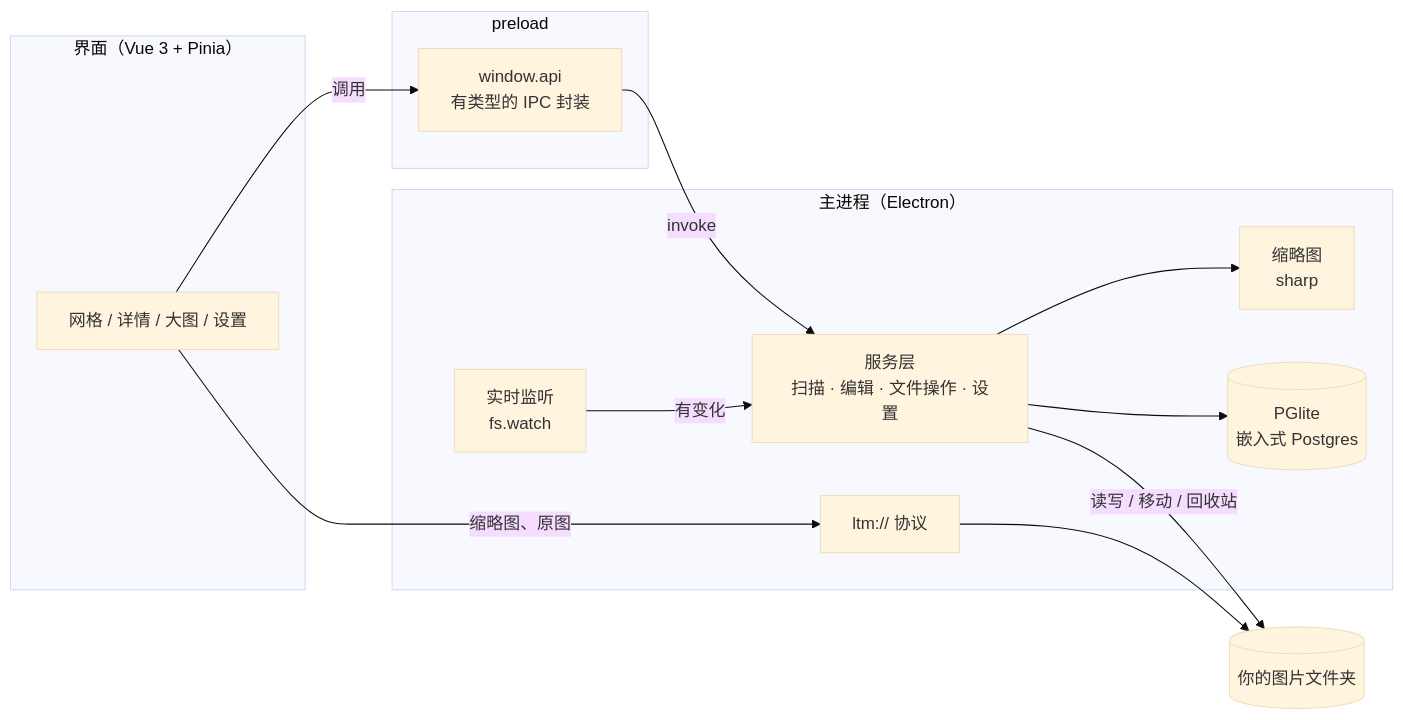
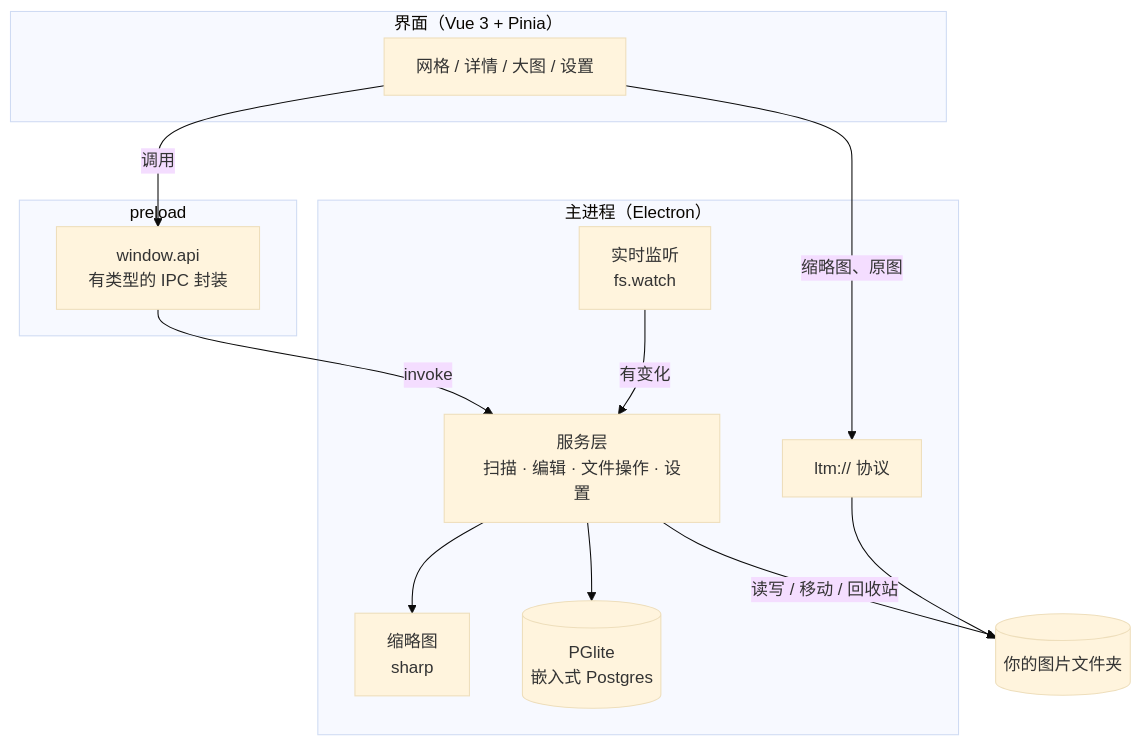
The first of 4 diagrams in README.md (pluchon/nuonuo_tool_center), drawn with Mermaid (base theme) before and after one commit.

Commit message:
Lay out README architecture diagram top to bottom so it stays readable

````diff
--- a/README.md
+++ b/README.md
@@ -51,24 +51,24 @@
 ```mermaid
-flowchart LR
+flowchart TB
     subgraph R["界面（Vue 3 + Pinia）"]
         V["网格 / 详情 / 大图 / 设置"]
     end
     subgraph P["preload"]
         API["window.api<br/>有类型的 IPC 封装"]
     end
     subgraph M["主进程（Electron）"]
         S["服务层<br/>扫描 · 编辑 · 文件操作 · 设置"]
         W["实时监听<br/>fs.watch"]
         T["缩略图<br/>sharp"]
         DB[("PGlite<br/>嵌入式 Postgres")]
         PR["ltm:// 协议"]
     end
     D[("你的图片文件夹")]
 
     V -- 调用 --> API -- invoke --> S
     S --> DB
     S --> T
     W -- 有变化 --> S
     S -- 读写 / 移动 / 回收站 --> D
     V -- 缩略图、原图 --> PR --> D
 ```
````
